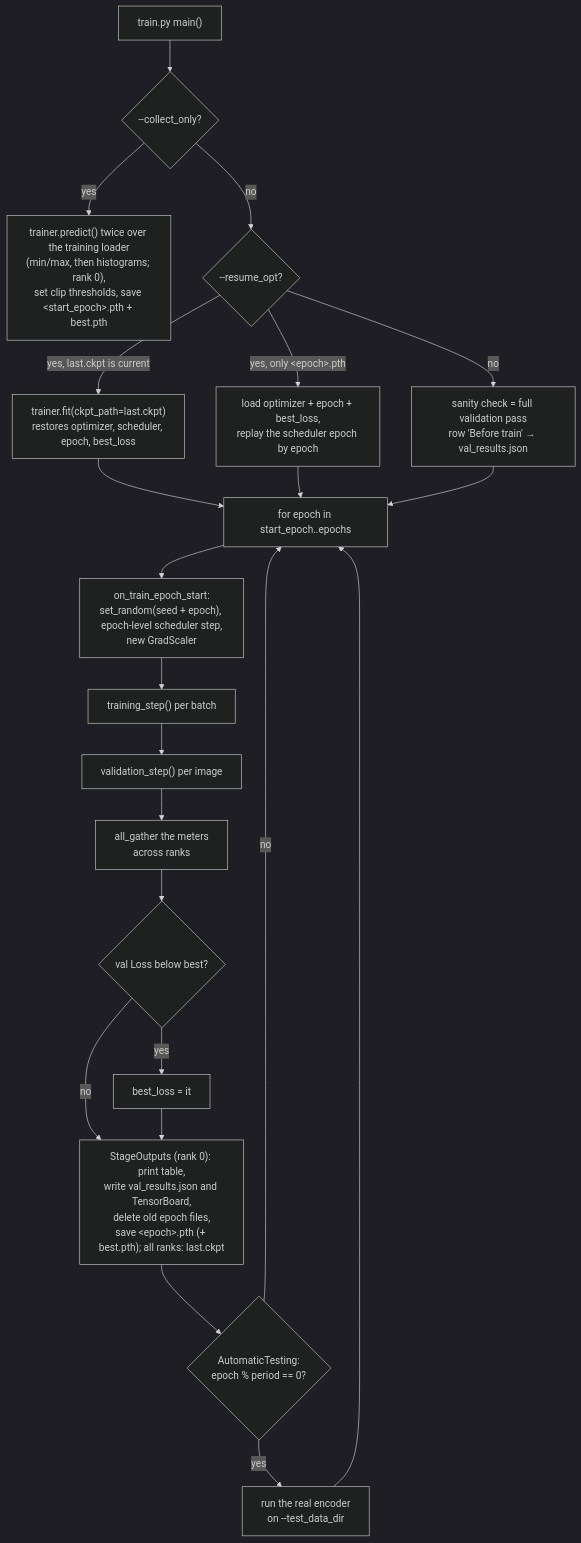
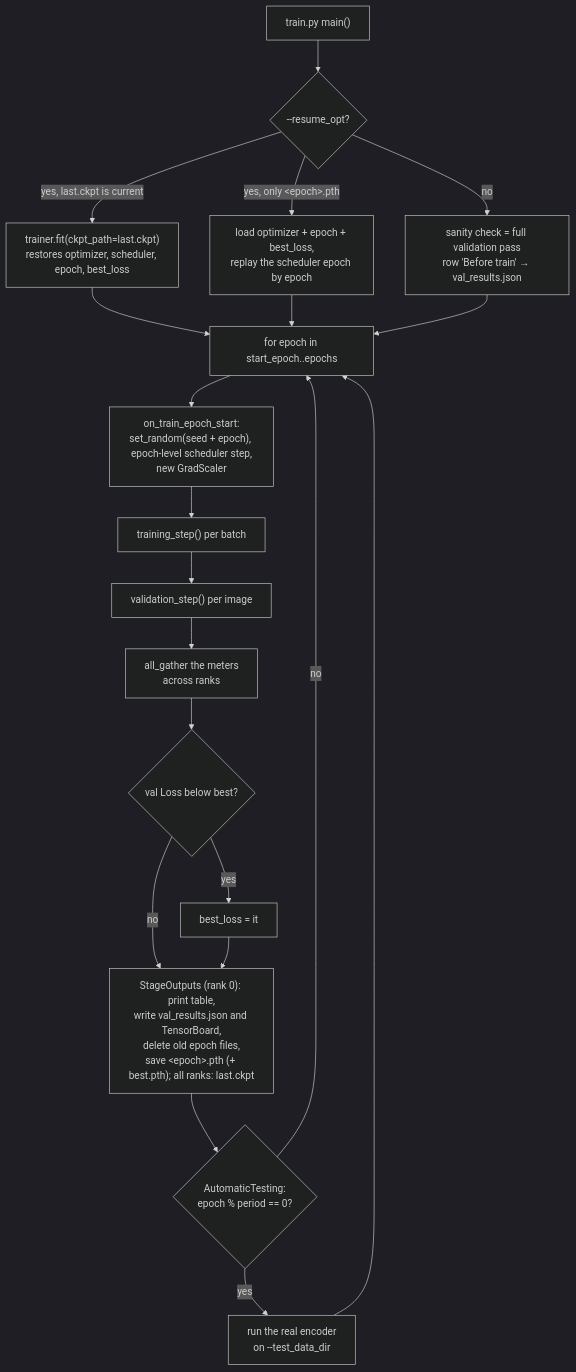
The fifth of 5 diagrams in docs/architecture/13-training.md (akarabutov/jpeg-ai-reference-software), drawn with Mermaid (dark theme) before and after one commit. The commit also changed other lines of this file and 11 other files, not shown here.

First line of the commit message:
Remove clip_thres data collection from the CCS training

````diff
--- a/docs/architecture/13-training.md
+++ b/docs/architecture/13-training.md
@@ -690,25 +684,23 @@
 ```mermaid
 flowchart TB
-    START["train.py main()"] --> COLLECT{"--collect_only?"}
-    COLLECT -->|yes| DC["trainer.predict() twice over the training loader<br/>(min/max, then histograms; rank 0),<br/>set clip thresholds, save &lt;start_epoch&gt;.pth + best.pth"]
-    COLLECT -->|no| RESUME{"--resume_opt?"}
+    START["train.py main()"] --> RESUME{"--resume_opt?"}
     RESUME -->|"yes, last.ckpt is current"| CKPT["trainer.fit(ckpt_path=last.ckpt)<br/>restores optimizer, scheduler, epoch, best_loss"]
     RESUME -->|"yes, only &lt;epoch&gt;.pth"| REPLAY["load optimizer + epoch + best_loss,<br/>replay the scheduler epoch by epoch"]
     RESUME -->|no| PREVAL["sanity check = full validation pass<br/>row 'Before train' → val_results.json"]
     CKPT --> EPOCH
     REPLAY --> EPOCH
     PREVAL --> EPOCH
 
     EPOCH["for epoch in start_epoch..epochs"] --> SEED["on_train_epoch_start:<br/>set_random(seed + epoch), epoch-level scheduler step,<br/>new GradScaler"]
     SEED --> TRAIN1["training_step() per batch"]
     TRAIN1 --> VAL["validation_step() per image"]
     VAL --> GATHER["all_gather the meters<br/>across ranks"]
     GATHER --> BEST{"val Loss below best?"}
     BEST -->|yes| MARK["best_loss = it"]
     BEST -->|no| SAVE
     MARK --> SAVE["StageOutputs (rank 0): print table,<br/>write val_results.json and TensorBoard,<br/>delete old epoch files,<br/>save &lt;epoch&gt;.pth (+ best.pth); all ranks: last.ckpt"]
     SAVE --> TEST{"AutomaticTesting:<br/>epoch % period == 0?"}
     TEST -->|yes| INFER["run the real encoder<br/>on --test_data_dir"]
     TEST -->|no| EPOCH
     INFER --> EPOCH
 ```
````
